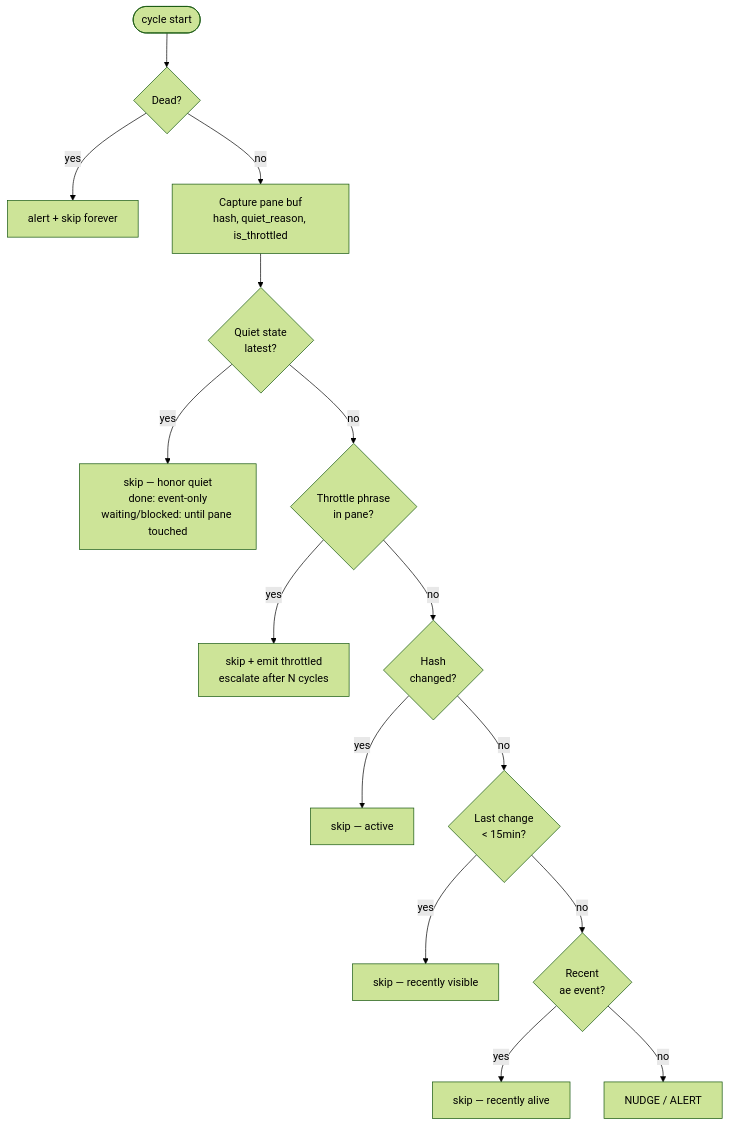
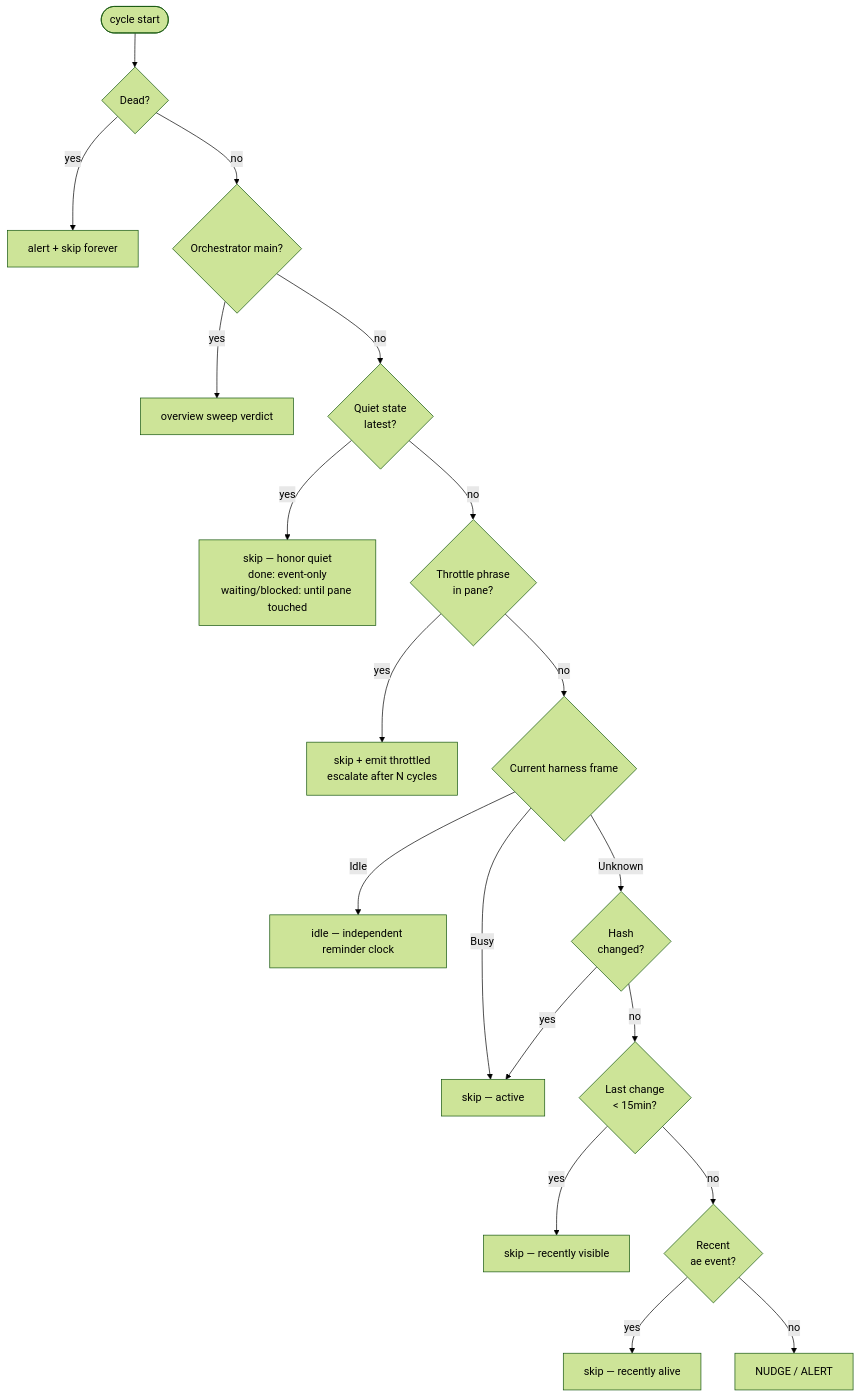
One commit to clemens33/ae changed the first of 2 diagrams in docs/internals/watchdog.md. Above: the diagram before and after it, drawn with Mermaid (forest theme). The commit also changed other lines of this file and 31 other files, not shown here.

````diff
--- a/docs/internals/watchdog.md
+++ b/docs/internals/watchdog.md
@@ -114,17 +123,21 @@
 ```mermaid
 flowchart TD
     Start([cycle start]) --> Dead{Dead?}
     Dead -- yes --> AlertDead[alert + skip forever]
-    Dead -- no --> PreCheck[Capture pane buf<br/>hash, quiet_reason, is_throttled]
-    PreCheck --> Done{Quiet state<br/>latest?}
+    Dead -- no --> Meta{Orchestrator main?}
+    Meta -- yes --> Sweep[overview sweep verdict]
+    Meta -- no --> Done{Quiet state<br/>latest?}
     Done -- yes --> SkipDone[skip — honor quiet<br/>done: event-only<br/>waiting/blocked: until pane touched]
     Done -- no --> Throttled{Throttle phrase<br/>in pane?}
     Throttled -- yes --> SkipThrottle[skip + emit throttled<br/>escalate after N cycles]
-    Throttled -- no --> Active{Hash<br/>changed?}
+    Throttled -- no --> Frame{Current harness frame}
+    Frame -- Busy --> MarkActive[working — clear stale alert]
+    Frame -- Idle --> MarkIdle[idle — independent reminder clock]
+    Frame -- Unknown --> Active{Hash<br/>changed?}
     Active -- yes --> MarkActive[skip — active]
     Active -- no --> RecentVis{Last change<br/>&lt; 15min?}
     RecentVis -- yes --> SkipVis[skip — recently visible]
     RecentVis -- no --> RecentAlive{Recent<br/>ae event?}
     RecentAlive -- yes --> SkipAlive[skip — recently alive]
     RecentAlive -- no --> Stale[NUDGE / ALERT]
 ```
````
